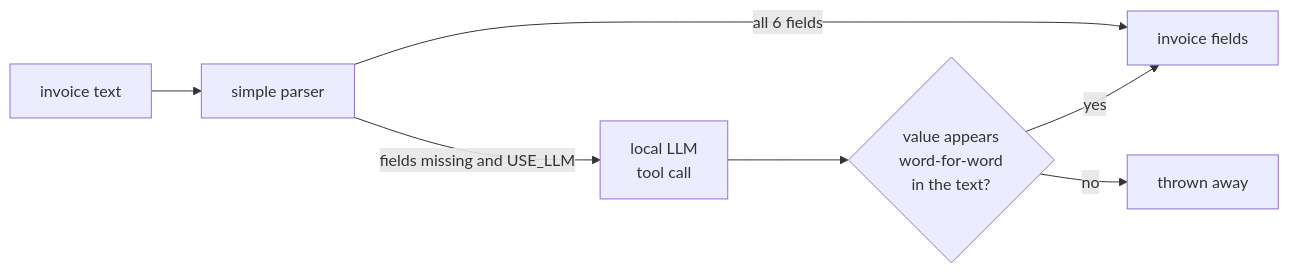
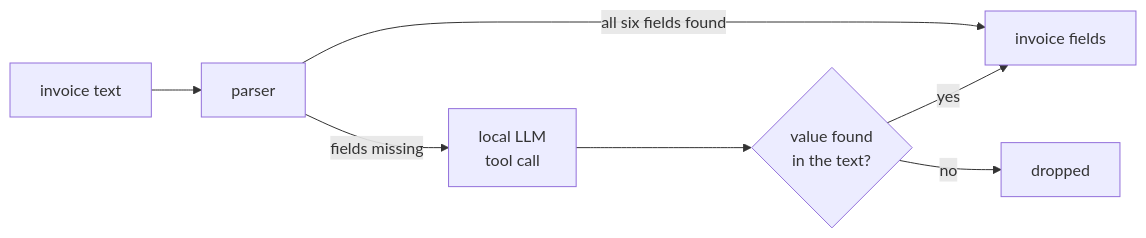
One commit to PreeyasTumulu/Vendor_Payment_Guard changed the fourth of 4 diagrams in TUTORIAL.md. Above: the diagram before and after it, drawn with Mermaid. The commit also changed other lines of this file and 1 other file, not shown here.

````diff
--- a/TUTORIAL.md
+++ b/TUTORIAL.md
@@ -473,9 +385,9 @@
 ```mermaid
 flowchart LR
-    T[invoice text] --> P[simple parser]
-    P -->|"all 6 fields"| OUT[invoice fields]
-    P -->|"fields missing and USE_LLM"| L["local LLM<br/>tool call"]
-    L --> V{"value appears<br/>word-for-word<br/>in the text?"}
+    T[invoice text] --> P[parser]
+    P -->|"all six fields found"| OUT[invoice fields]
+    P -->|"fields missing"| L["local LLM<br/>tool call"]
+    L --> V{"value found<br/>in the text?"}
     V -->|yes| OUT
-    V -->|no| X[thrown away]
+    V -->|no| X[dropped]
 ```
````
